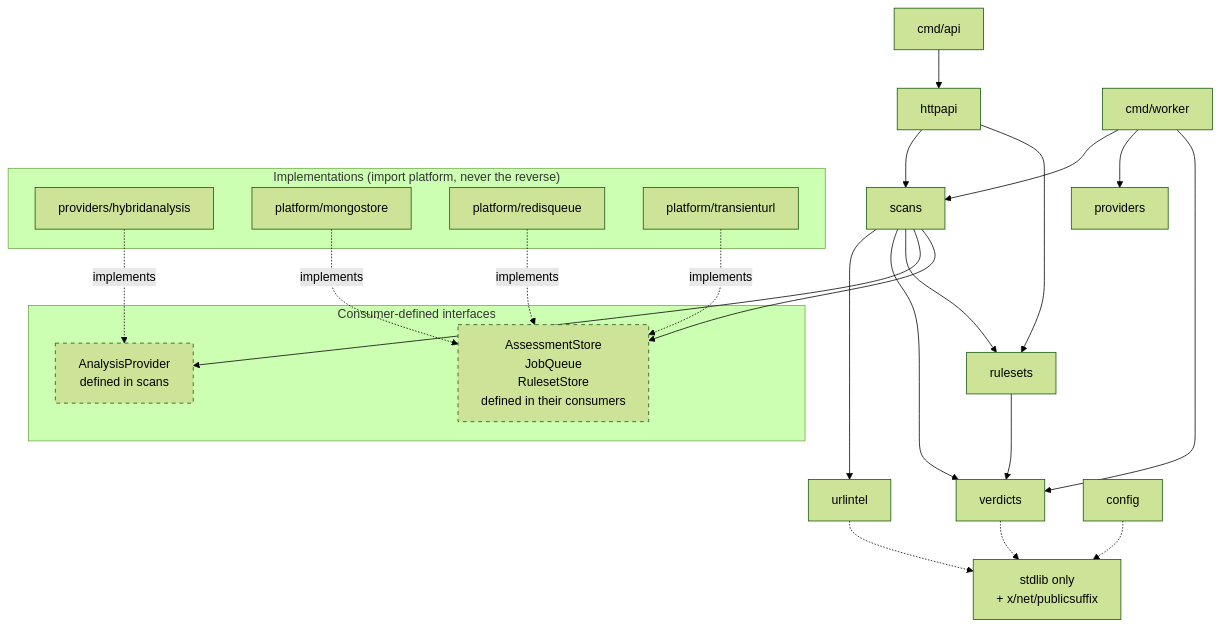
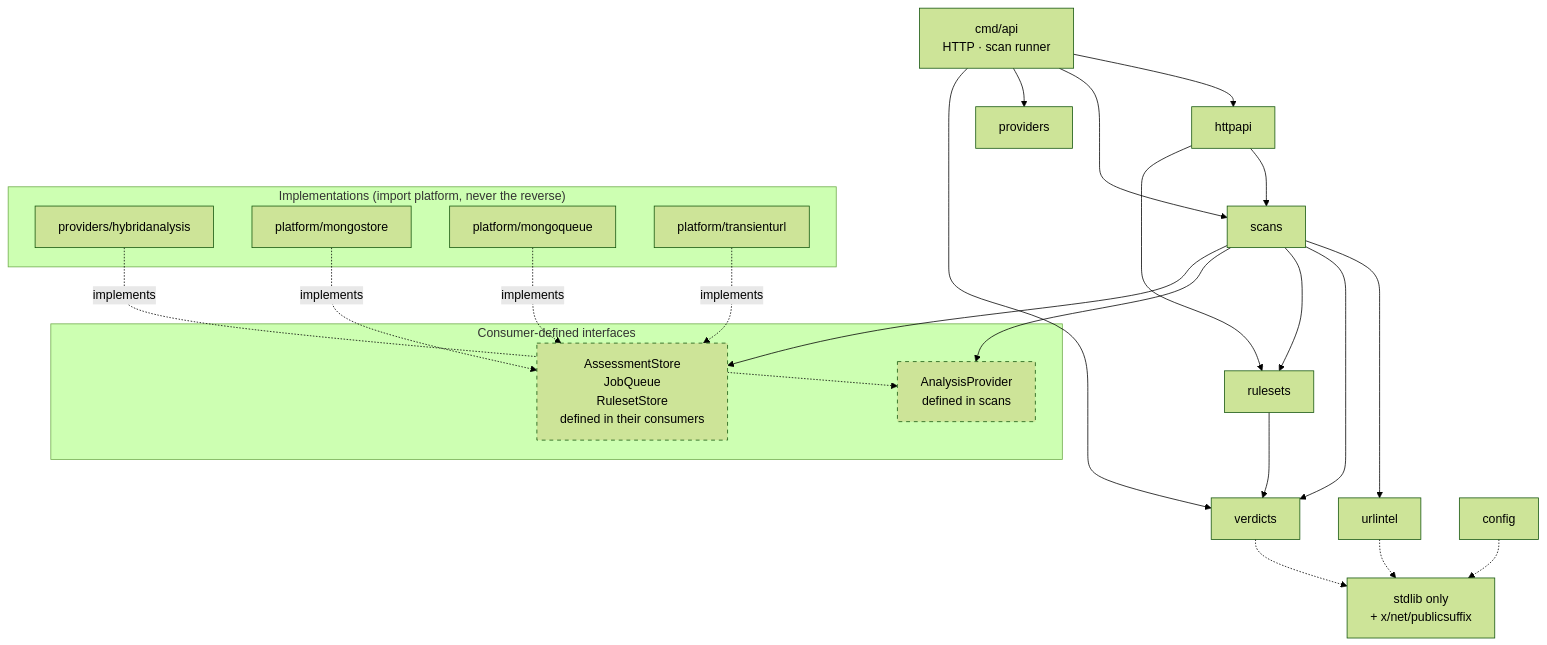
The diagram in docs/module-map.md (Ahmad-byte-design/cyber-guard), drawn with Mermaid (forest theme) before and after one commit. The commit also changed other lines of this file and 78 other files, not shown here.

````diff
--- a/docs/module-map.md
+++ b/docs/module-map.md
@@ -50,41 +59,41 @@
 ```mermaid
 flowchart TD
-    cmdapi[cmd/api] --> httpapi
-    cmdworker[cmd/worker] --> scans
-    cmdworker --> providers
-    cmdworker --> verdicts
+    cmdapi[cmd/api<br/>HTTP · scan runner] --> httpapi
+    cmdapi --> scans
+    cmdapi --> providers
+    cmdapi --> verdicts
 
     httpapi --> scans
     httpapi --> rulesets
     scans --> urlintel
     scans --> verdicts
     scans --> rulesets
     rulesets --> verdicts
 
     subgraph ConsumerSide["Consumer-defined interfaces"]
         iface[AnalysisProvider<br/>defined in scans]
         stores[AssessmentStore<br/>JobQueue<br/>RulesetStore<br/>defined in their consumers]
     end
 
     scans --> iface
     scans --> stores
 
     subgraph Impl["Implementations (import platform, never the reverse)"]
         hap[providers/hybridanalysis]
         mgs[platform/mongostore]
-        rq[platform/redisqueue]
+        mq[platform/mongoqueue]
         tu[platform/transienturl]
     end
 
     hap -.implements.-> iface
     mgs -.implements.-> stores
-    rq -.implements.-> stores
+    mq -.implements.-> stores
     tu -.implements.-> stores
 
     urlintel -.-> stdlib[stdlib only<br/>+ x/net/publicsuffix]
     verdicts -.-> stdlib
     config -.-> stdlib
 
     style iface stroke-dasharray: 5 5
     style stores stroke-dasharray: 5 5
 ```
````
